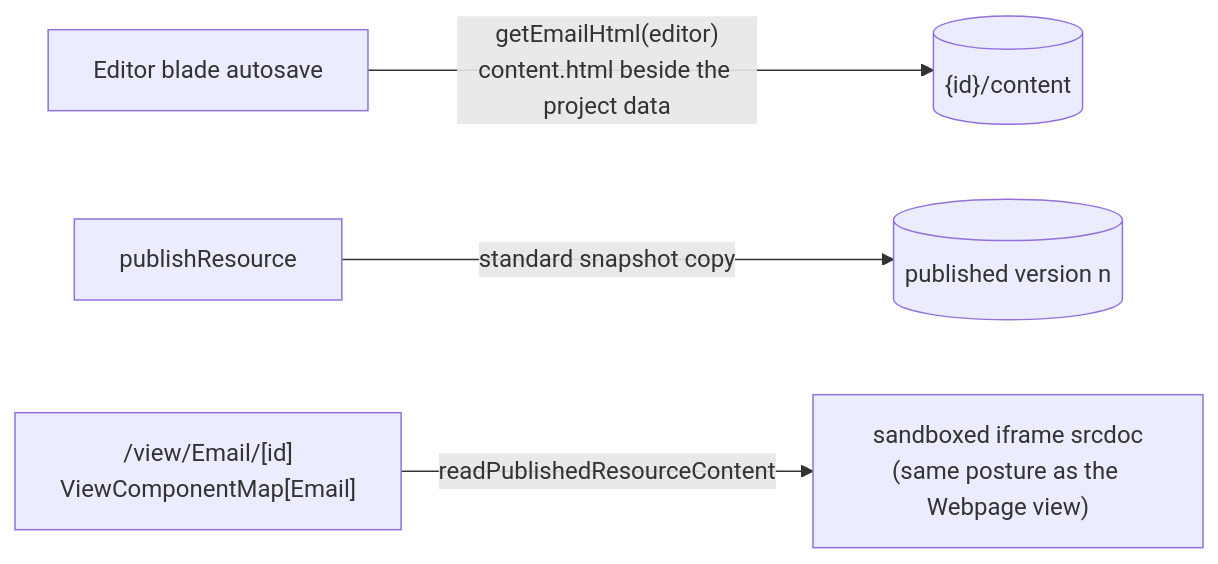
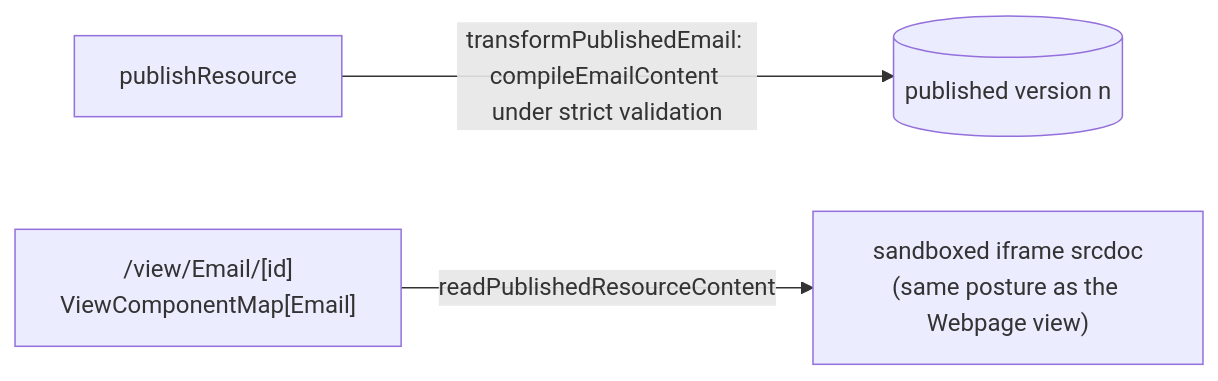
The diagram in openspec/specs/resource/email-web-view/design.md (Esposter/Esposter), drawn with Mermaid before and after one commit. The commit also changed other lines of this file and 2 other files, not shown here.

First line of the commit message:
docs(openspec): the email specs describe the page builder's compile at publish and its root preview, not GrapesJS's capture

````diff
--- a/openspec/specs/resource/email-web-view/design.md
+++ b/openspec/specs/resource/email-web-view/design.md
@@ -11,6 +11,5 @@
 ```mermaid
 flowchart LR
-  SAVE["Editor blade autosave"] -->|"getEmailHtml(editor)<br/>content.html beside the project data"| BLOB[("{id}/content")]
-  PUB["publishResource"] -->|standard snapshot copy| SNAP[("published version n")]
+  PUB["publishResource"] -->|"transformPublishedEmail: compileEmailContent under strict validation"| SNAP[("published version n")]
   VIEW["/view/Email/[id]<br/>ViewComponentMap[Email]"] -->|readPublishedResourceContent| RENDER["sandboxed iframe srcdoc<br/>(same posture as the Webpage view)"]
 ```
````
